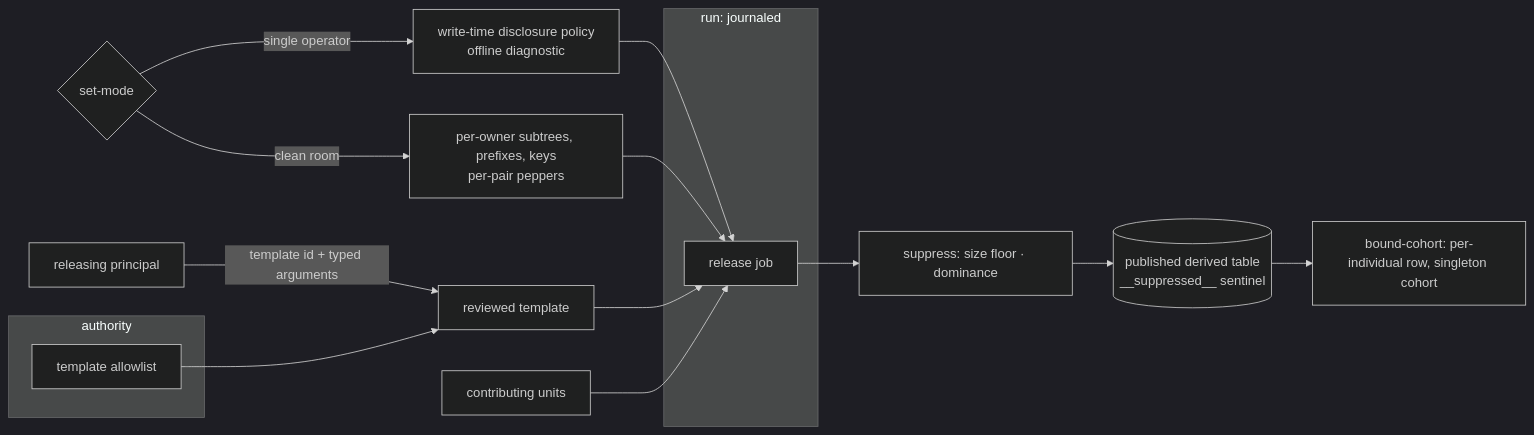
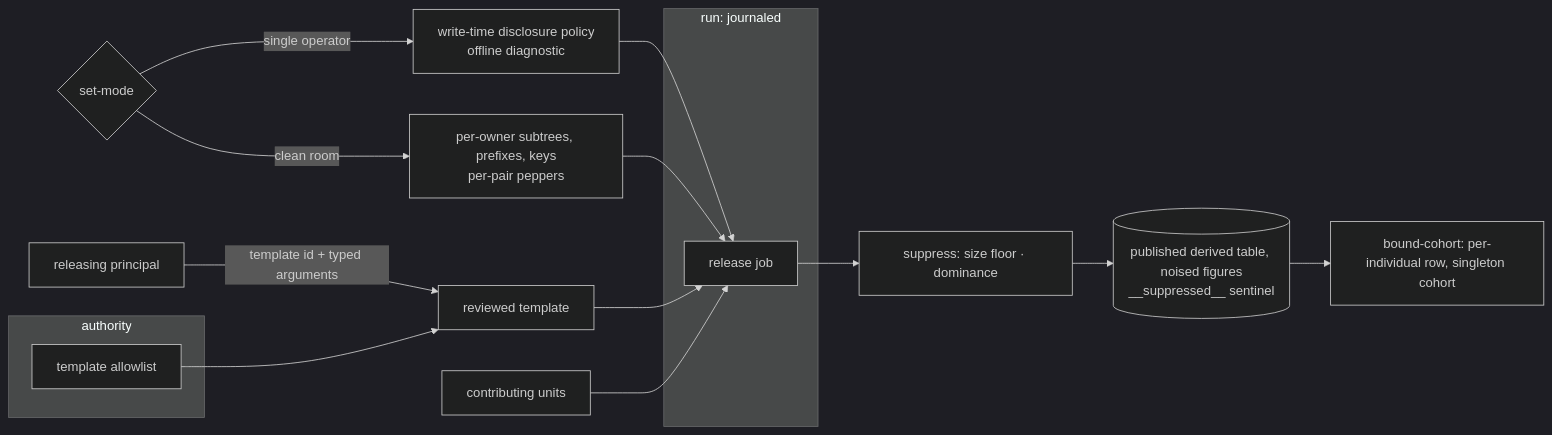
One commit to fractalboxdev/contextful changed the first of 2 diagrams in spec/61-disclosure.md. Above: the diagram before and after it, drawn with Mermaid (dark theme). The commit also changed other lines of this file and 30 other files, not shown here.

````diff
--- a/spec/61-disclosure.md
+++ b/spec/61-disclosure.md
@@ -20,21 +20,21 @@
 ```mermaid
 flowchart LR
   MODE{"set-mode"} -- "single operator" --> SO["write-time disclosure policy<br/>offline diagnostic"]
   MODE -- "clean room" --> CR["per-owner subtrees, prefixes, keys<br/>per-pair peppers"]
   CALLER["releasing principal"] -- "template id + typed arguments" --> TPL["reviewed template"]
   subgraph AUTH["authority"]
     TA["template allowlist"]
   end
   subgraph RUN["run: journaled"]
     REL["release job"]
   end
   UNITS["contributing units"]
   TA --> TPL
   SO --> REL
   CR --> REL
   TPL --> REL
   UNITS --> REL
   REL --> SUP["suppress: size floor · dominance"]
-  SUP --> PUB[("published derived table<br/>__suppressed__ sentinel")]
+  SUP --> PUB[("published derived table, noised figures<br/>__suppressed__ sentinel")]
   PUB --> COH["bound-cohort: per-individual row, singleton cohort"]
 ```
````
